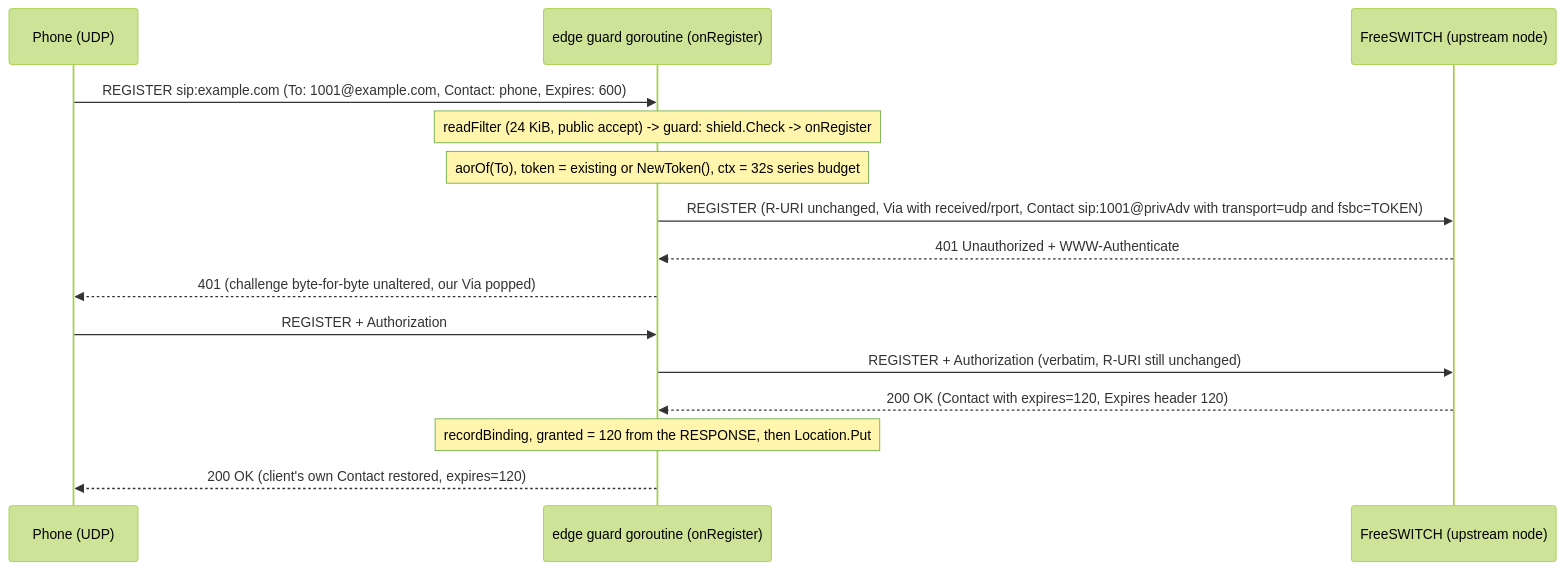
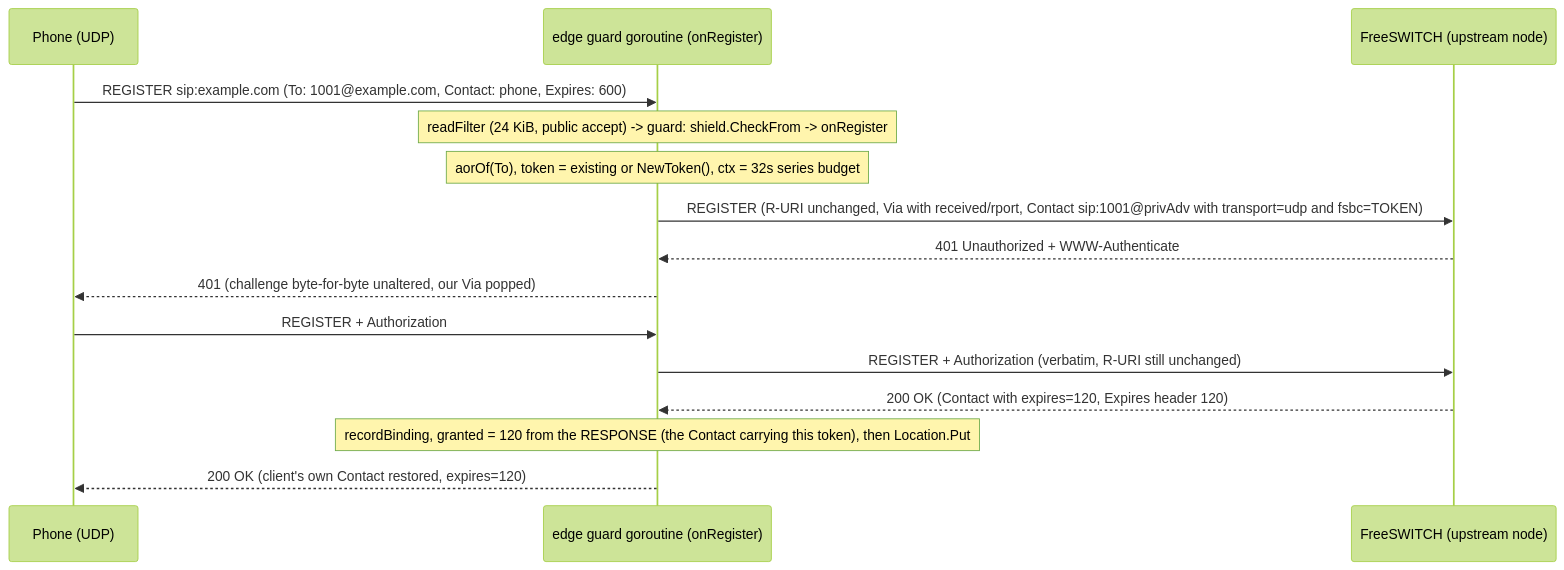
One commit to rasonyang/freesbc changed the tenth of 19 diagrams in docs/design.md. Above: the diagram before and after it, drawn with Mermaid (forest theme). The commit also changed other lines of this file and 4 other files, not shown here.

````diff
--- a/docs/design.md
+++ b/docs/design.md
@@ -2579,18 +2690,18 @@
 ```mermaid
 sequenceDiagram
     participant P as Phone (UDP)
     participant G as edge guard goroutine (onRegister)
     participant FS as FreeSWITCH (upstream node)
 
     P->>G: REGISTER sip:example.com (To: 1001@example.com, Contact: phone, Expires: 600)
-    Note over G: readFilter (24 KiB, public accept) -> guard: shield.Check -> onRegister
+    Note over G: readFilter (24 KiB, public accept) -> guard: shield.CheckFrom -> onRegister
     Note over G: aorOf(To), token = existing or NewToken(), ctx = 32s series budget
     G->>FS: REGISTER (R-URI unchanged, Via with received/rport, Contact sip:1001@privAdv with transport=udp and fsbc=TOKEN)
     FS-->>G: 401 Unauthorized + WWW-Authenticate
     G-->>P: 401 (challenge byte-for-byte unaltered, our Via popped)
     P->>G: REGISTER + Authorization
     G->>FS: REGISTER + Authorization (verbatim, R-URI still unchanged)
     FS-->>G: 200 OK (Contact with expires=120, Expires header 120)
-    Note over G: recordBinding, granted = 120 from the RESPONSE, then Location.Put
+    Note over G: recordBinding, granted = 120 from the RESPONSE (the Contact carrying this token), then Location.Put
     G-->>P: 200 OK (client's own Contact restored, expires=120)
 ```
````
